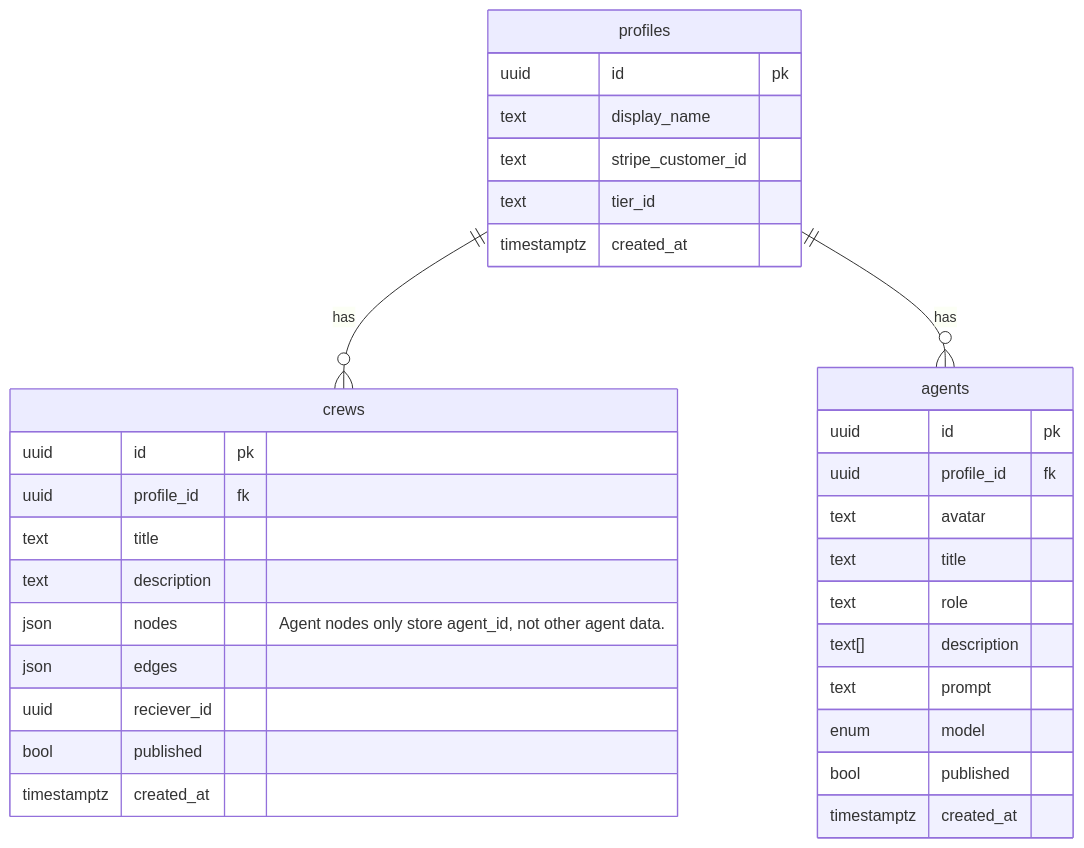
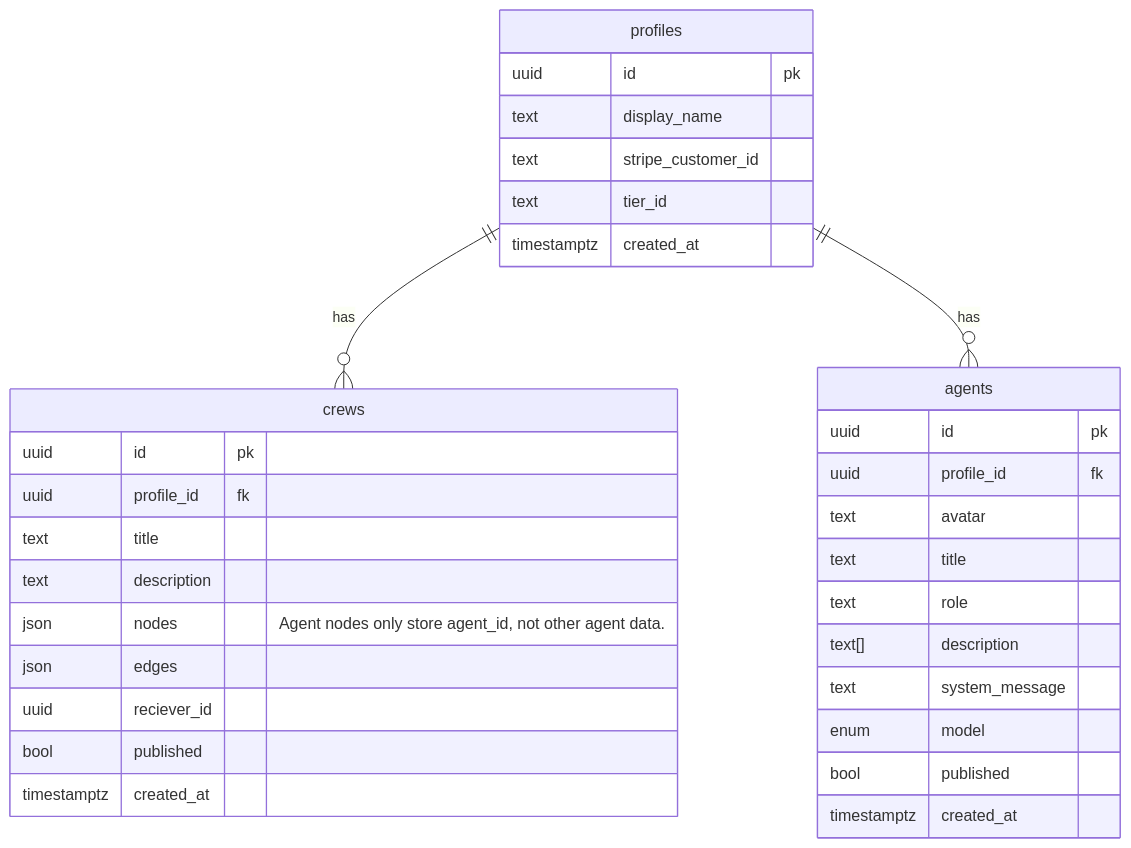
Before and after one commit to startino/aitino: the diagram in erm/v0.2.mmd, drawn with Mermaid.

Commit message:
prompt -> system_message

```diff
--- a/erm/v0.2.mmd
+++ b/erm/v0.2.mmd
@@ -1,36 +1,36 @@
 erDiagram
     profiles ||--o{ crews : has
     profiles ||--o{ agents : has
 
     profiles {
         uuid id pk
         text display_name
         text stripe_customer_id
         text tier_id
         timestamptz created_at
     }
 
     crews {
         uuid id pk
         uuid profile_id fk
         text title
         text description
         json nodes "Agent nodes only store agent_id, not other agent data."
         json edges
         uuid reciever_id
         bool published
         timestamptz created_at
     }
 
     agents {
         uuid id pk
         uuid profile_id fk
         text avatar
         text title
         text role
         text[] description
-        text prompt
+        text system_message
         enum model
         bool published
         timestamptz created_at
     }
```
